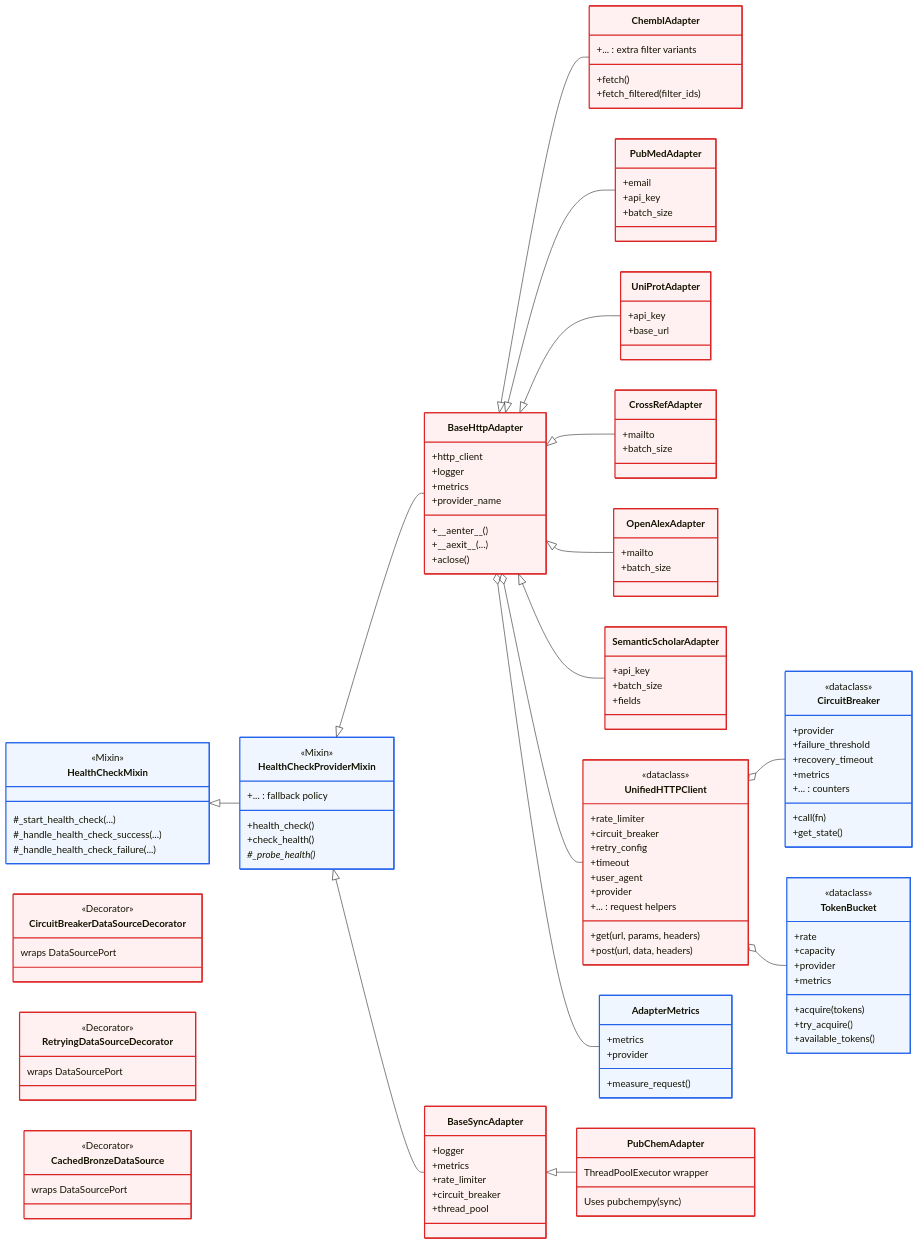
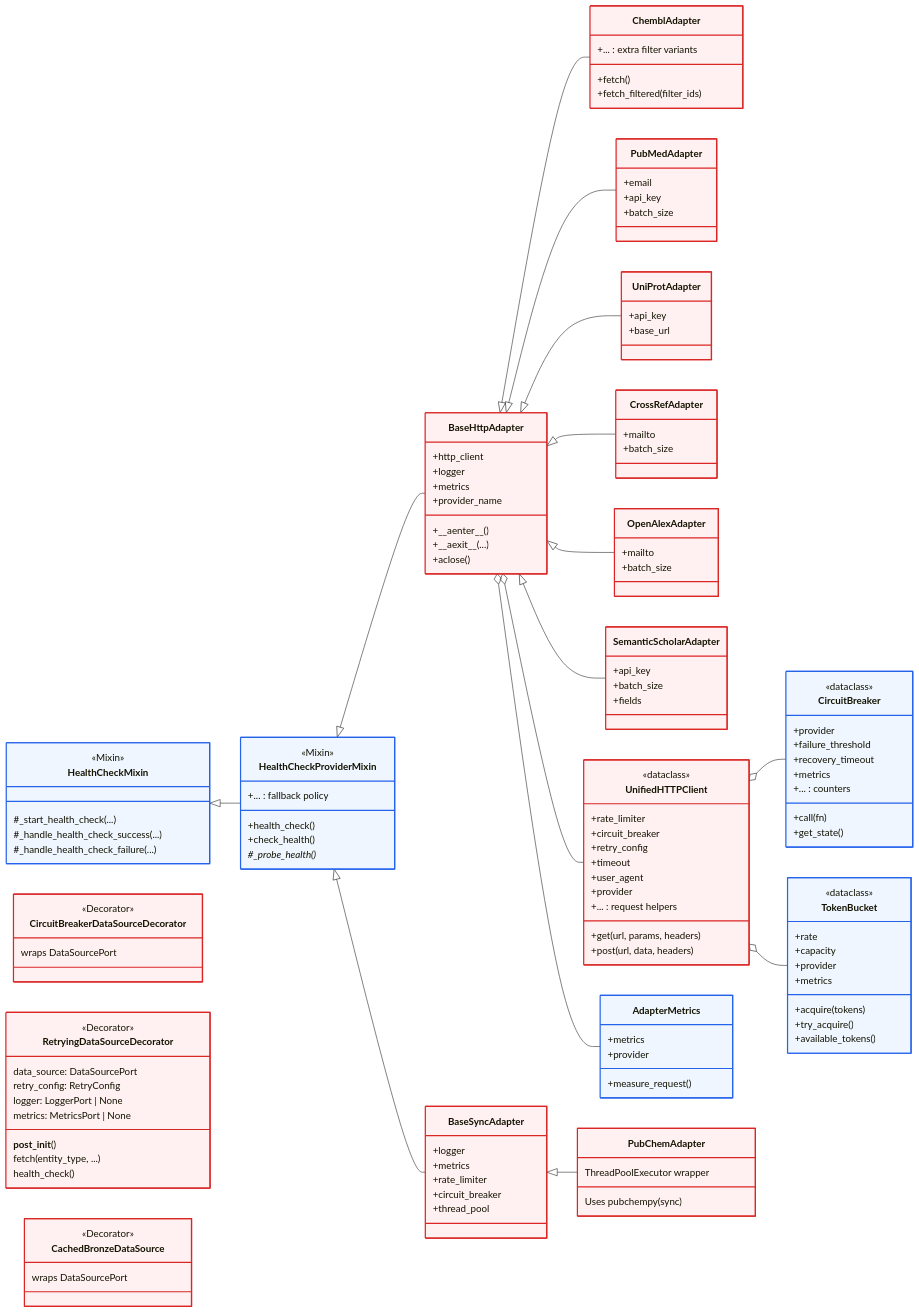
Before and after one commit to SatoryKono/BioactivityDataAcquisition: the diagram in docs/02-architecture/mmd-diagrams/class-diagrams/10-adapters.mmd, drawn with Mermaid. The commit also changed 482 other files, not shown here.

First line of the commit message:
refactor(metrics): reduce size and complexity of architecture metric exemptions configuration

```diff
--- a/docs/02-architecture/mmd-diagrams/class-diagrams/10-adapters.mmd
+++ b/docs/02-architecture/mmd-diagrams/class-diagrams/10-adapters.mmd
@@ -1,8 +1,8 @@
 %% BioETL — Class Diagram: Infrastructure Adapters
 %% HTTP adapter class hierarchy with mixins.
 
-%% @version 1.1.0
-%% @date    2026-02-26
+%% @version 1.2.0
+%% @date    2026-03-08
 %% @type    classDiagram
 %% @level   Class / Interface
 %% @nodes   18
@@ -167,7 +167,13 @@
 
     class RetryingDataSourceDecorator {
         <<Decorator>>
-        wraps DataSourcePort
+        data_source: DataSourcePort
+        retry_config: RetryConfig
+        logger: LoggerPort | None
+        metrics: MetricsPort | None
+        __post_init__()
+        fetch(entity_type, ...)
+        health_check()
     }
 
     class CachedBronzeDataSource {
```
